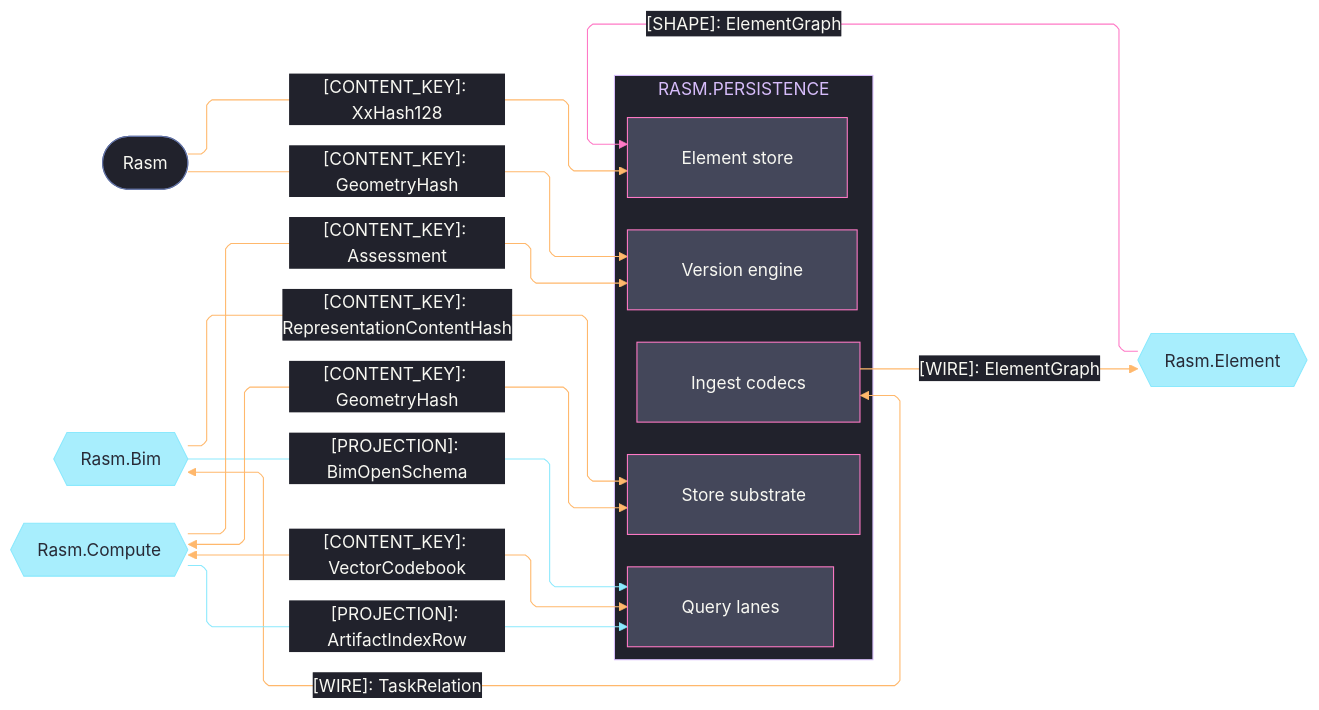
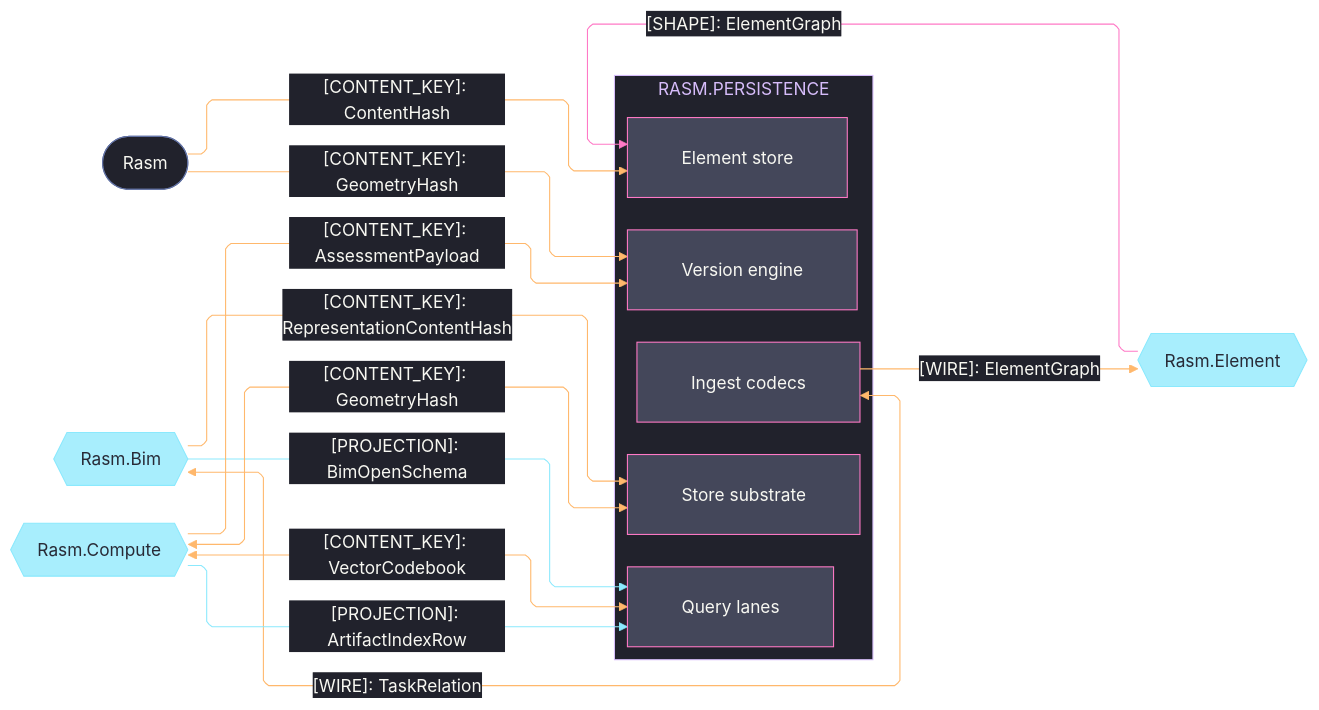
The second of 4 diagrams in libs/csharp/Rasm.Persistence/ARCHITECTURE.md (bsamiee/Rasm), drawn with Mermaid before and after one commit. The commit also changed other lines of this file and 24 other files, not shown here.

Commit message:
architecture: seam registries + codemaps aligned across the estate (worker fabric edges, scene rows, csharp/ts seam mirrors)

````diff
--- a/libs/csharp/Rasm.Persistence/ARCHITECTURE.md
+++ b/libs/csharp/Rasm.Persistence/ARCHITECTURE.md
@@ -48,65 +117,65 @@
 ```mermaid
 ---
 config:
   theme: base
   look: classic
   layout: elk
   flowchart:
     curve: linear
     padding: 25
   themeVariables:
     darkMode: true
     fontFamily: "SF Mono, Menlo, Cascadia Mono, Segoe UI Mono, Consolas, monospace"
     useGradient: false
     dropShadow: "none"
     background: "#282A36"
     primaryColor: "#44475A"
     primaryTextColor: "#F8F8F2"
     primaryBorderColor: "#BD93F9"
     lineColor: "#FF79C6"
     textColor: "#F8F8F2"
     clusterBkg: "#21222C"
     clusterBorder: "#D6BCFA"
     edgeLabelBackground: "#21222C"
     labelBackgroundColor: "#21222C"
     titleColor: "#D6BCFA"
   themeCSS: ".nodeLabel{font-size:13px;font-weight:500}.edgeLabel{font-size:12px;font-weight:500}.cluster-label .nodeLabel{font-size:13.5px;font-weight:700;letter-spacing:.08em}.edge-thickness-normal{stroke-width:2px}.edge-thickness-thick{stroke-width:3px}.edge-pattern-dashed,.edge-pattern-dotted{stroke-width:1.5px;stroke-dasharray:4 6}.node rect,.node circle,.node polygon,.node path,.node .outer-path{stroke-width:1.5px;filter:none!important}.cluster rect{stroke-width:1px!important;stroke-dasharray:5 4!important;filter:none!important}.marker path{transform:scale(.8);transform-origin:5px 5px}.marker circle{transform:scale(.48);transform-origin:5px 5px}.edgeLabel rect{transform-box:fill-box;transform-origin:center;transform:scale(1.1,1.2)}"
 ---
 flowchart LR
     accTitle: Persistence domain and kernel content seams
     accDescr: Persistence sub-domain owners exchanging shapes, content keys, and projections with the kernel and the AEC peers Element, Bim, and Compute, edge rails colored by kind and nodes classed by seam direction.
     subgraph persistence[RASM.PERSISTENCE]
         Element[Element store]
         Version[Version engine]
         Query[Query lanes]
         Ingest[Ingest codecs]
         Store[Store substrate]
     end
     RasmElement{{Rasm.Element}}
     Rasm([Rasm])
     Bim{{Rasm.Bim}}
     Compute{{Rasm.Compute}}
     RasmElement e1@-->|"[SHAPE]: ElementGraph"| Element
     Ingest e2@-->|"[WIRE]: ElementGraph"| RasmElement
-    Rasm e3@-->|"[CONTENT_KEY]: XxHash128"| Element
+    Rasm e3@-->|"[CONTENT_KEY]: ContentHash"| Element
     Rasm e4@-->|"[CONTENT_KEY]: GeometryHash"| Version
     Bim e5@-->|"[PROJECTION]: BimOpenSchema"| Query
     Bim e6@-->|"[CONTENT_KEY]: RepresentationContentHash"| Store
     Ingest e7@<-->|"[WIRE]: TaskRelation"| Bim
-    Compute e8@-->|"[CONTENT_KEY]: Assessment"| Version
+    Compute e8@-->|"[CONTENT_KEY]: AssessmentPayload"| Version
     Compute e9@<-->|"[CONTENT_KEY]: VectorCodebook"| Query
     Compute e10@-->|"[PROJECTION]: ArtifactIndexRow"| Query
     Compute e11@<-->|"[CONTENT_KEY]: GeometryHash"| Store
     classDef primary fill:#44475A,stroke:#FF79C6,color:#F8F8F2
     classDef external fill:#8BE9FDBF,stroke:#8BE9FD,color:#282A36
     classDef annotation fill:#21222C,stroke:#6272A4,color:#F8F8F2
     classDef edgeData stroke:#FFB86C,color:#F8F8F2
     classDef edgeControl stroke:#FF79C6,color:#F8F8F2
     classDef edgeExternal stroke:#8BE9FD,color:#F8F8F2
     class Element,Version,Query,Ingest,Store primary
     class RasmElement,Bim,Compute external
     class Rasm annotation
     class e2,e3,e4,e6,e7,e8,e9,e11 edgeData
     class e1 edgeControl
     class e5,e10 edgeExternal
 ```
````
